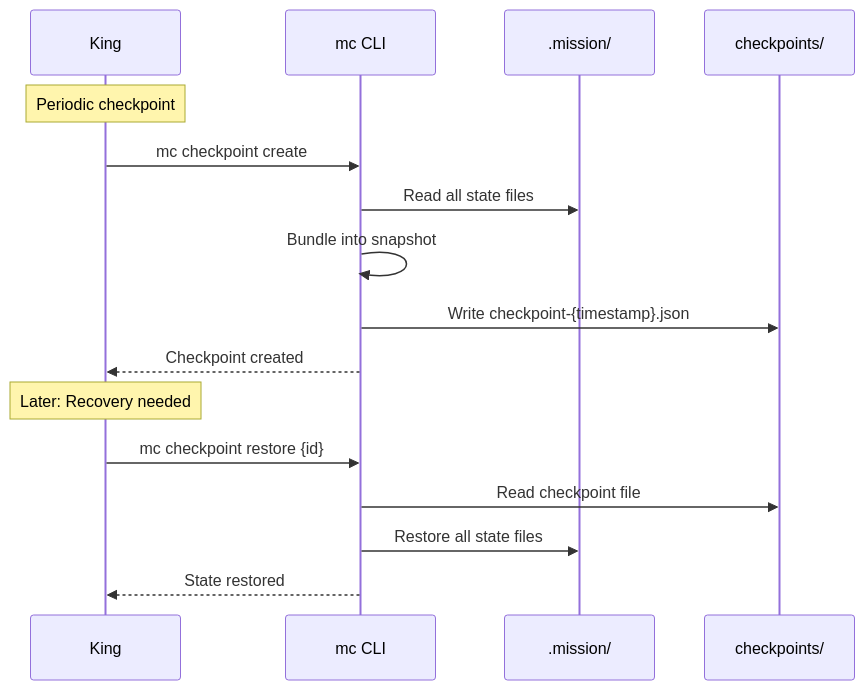
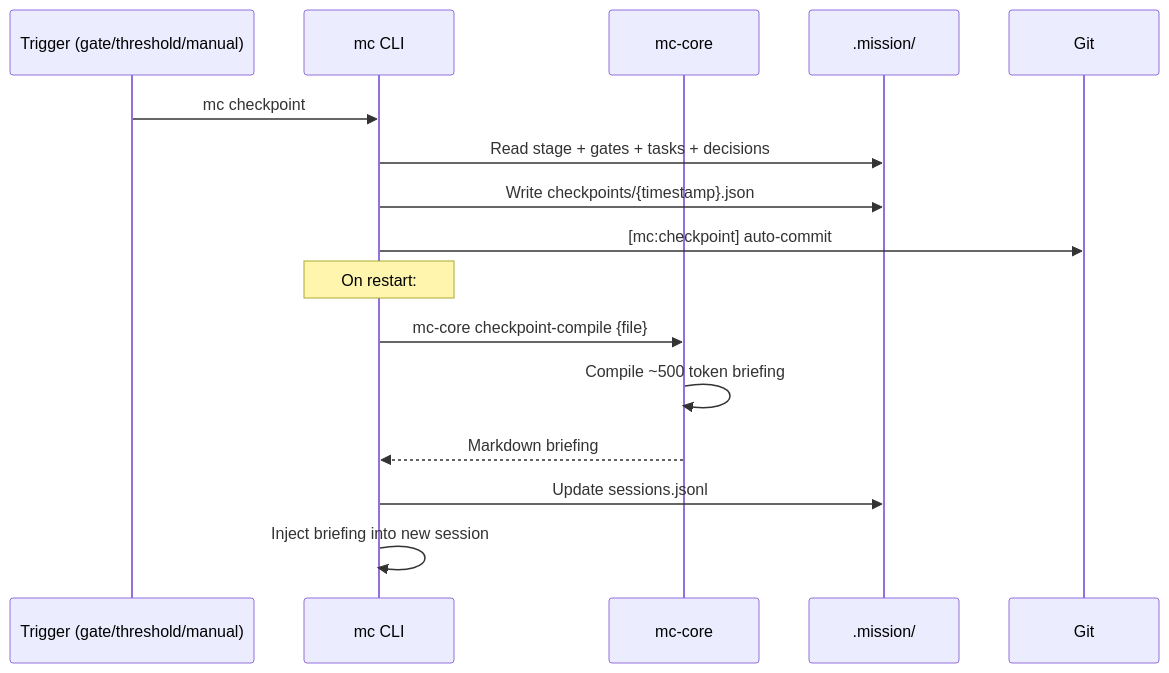
Before and after one commit to MikeSquared-Agency/MissionControl: the fifth of 5 diagrams in DATAFLOWS.md, drawn with Mermaid. The commit also changed other lines of this file and 7 other files, not shown here.

````diff
--- a/DATAFLOWS.md
+++ b/DATAFLOWS.md
@@ -319,22 +138,21 @@
 ```mermaid
 sequenceDiagram
-    participant King
+    participant Trigger as Trigger (gate/threshold/manual)
     participant CLI as mc CLI
+    participant Core as mc-core
     participant State as .mission/
-    participant CP as checkpoints/
+    participant Git as Git
 
-    Note over King: Periodic checkpoint
+    Trigger->>CLI: mc checkpoint
+    CLI->>State: Read stage + gates + tasks + decisions
+    CLI->>State: Write checkpoints/{timestamp}.json
+    CLI->>Git: [mc:checkpoint] auto-commit
 
-    King->>CLI: mc checkpoint create
-    CLI->>State: Read all state files
-    CLI->>CLI: Bundle into snapshot
-    CLI->>CP: Write checkpoint-{timestamp}.json
-    CLI-->>King: Checkpoint created
+    Note over CLI: On restart:
 
-    Note over King: Later: Recovery needed
-
-    King->>CLI: mc checkpoint restore {id}
-    CLI->>CP: Read checkpoint file
-    CLI->>State: Restore all state files
-    CLI-->>King: State restored
+    CLI->>Core: mc-core checkpoint-compile {file}
+    Core->>Core: Compile ~500 token briefing
+    Core-->>CLI: Markdown briefing
+    CLI->>State: Update sessions.jsonl
+    CLI->>CLI: Inject briefing into new session
 ```
````
